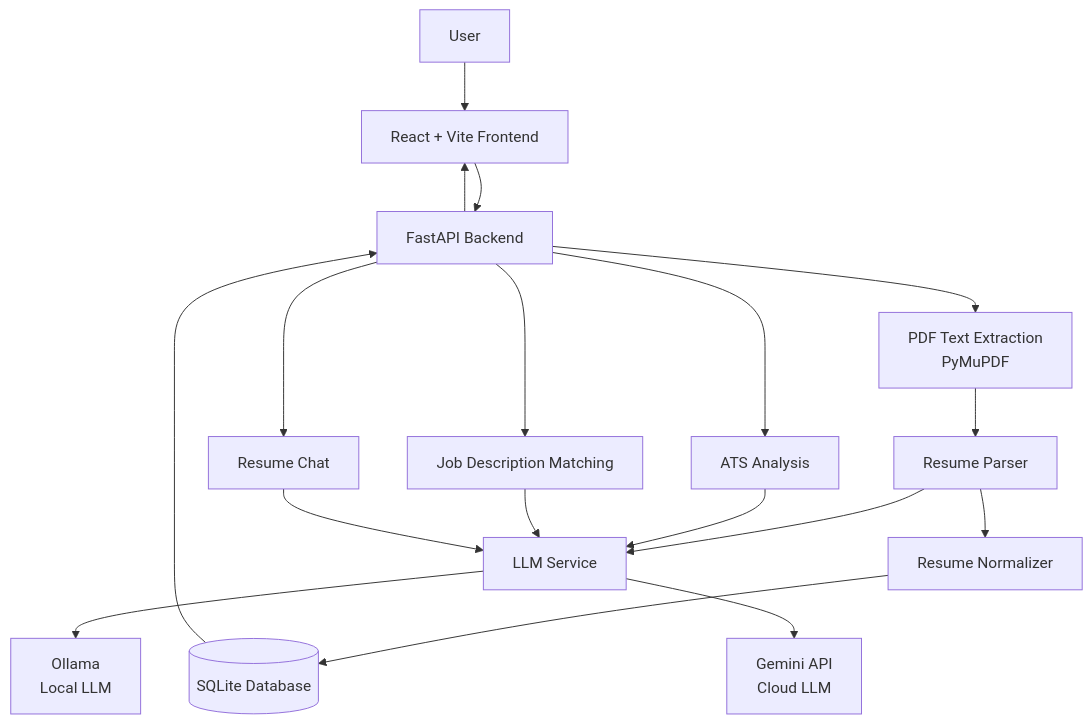
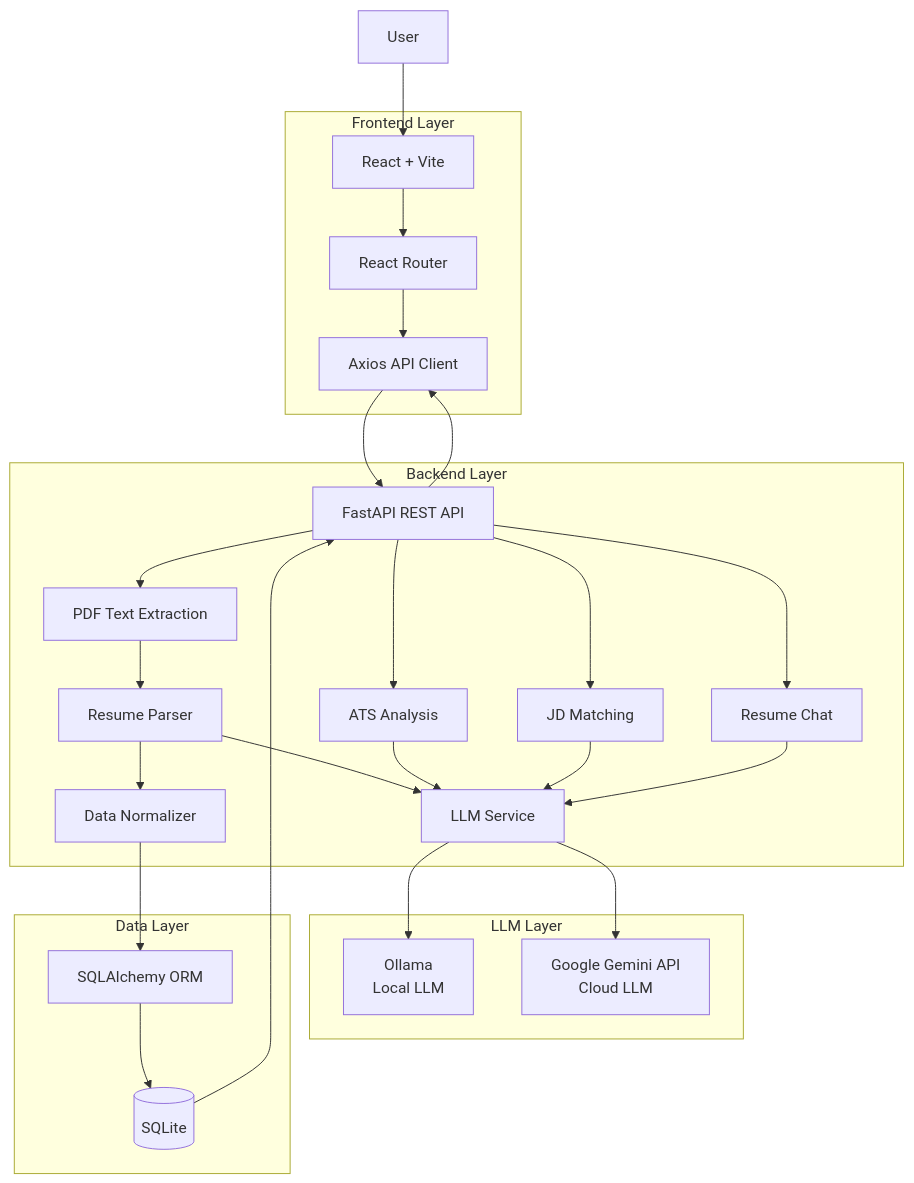
One commit to pavxxx/IntelliParse-AI changed the first of 4 diagrams in README.md. Above: the diagram before and after it, drawn with Mermaid. The commit also changed other lines of this file, not shown here.

````diff
--- a/README.md
+++ b/README.md
@@ -83,58 +149,62 @@
 ```mermaid
-flowchart TD
+flowchart TB
 
-    User["User"]
+    USER["User"]
 
-    Frontend["React + Vite Frontend"]
+    subgraph FRONTEND["Frontend Layer"]
+        UI["React + Vite"]
+        ROUTER["React Router"]
+        AXIOS["Axios API Client"]
+    end
 
-    API["FastAPI Backend"]
+    subgraph BACKEND["Backend Layer"]
+        API["FastAPI REST API"]
 
-    PDF["PDF Text Extraction<br/>PyMuPDF"]
+        PDF["PDF Text Extraction"]
+        PARSER["Resume Parser"]
+        NORMALIZER["Data Normalizer"]
 
-    Parser["Resume Parser"]
+        ATS["ATS Analysis"]
+        JD["JD Matching"]
+        CHAT["Resume Chat"]
 
-    LLM["LLM Service"]
+        LLM["LLM Service"]
+    end
 
-    Ollama["Ollama<br/>Local LLM"]
+    subgraph AI["LLM Layer"]
+        OLLAMA["Ollama<br/>Local LLM"]
+        GEMINI["Google Gemini API<br/>Cloud LLM"]
+    end
 
-    Gemini["Gemini API<br/>Cloud LLM"]
+    subgraph DATA["Data Layer"]
+        ORM["SQLAlchemy ORM"]
+        DB[("SQLite")]
+    end
 
-    Normalizer["Resume Normalizer"]
-
-    Database[("SQLite Database")]
-
-    ATS["ATS Analysis"]
-
-    JD["Job Description Matching"]
-
-    Chat["Resume Chat"]
-
-    User --> Frontend
-
-    Frontend --> API
+    USER --> UI
+    UI --> ROUTER
+    ROUTER --> AXIOS
+    AXIOS --> API
 
     API --> PDF
+    PDF --> PARSER
+    PARSER --> LLM
 
-    PDF --> Parser
+    LLM --> OLLAMA
+    LLM --> GEMINI
 
-    Parser --> LLM
-
-    LLM --> Ollama
-    LLM --> Gemini
-
-    Parser --> Normalizer
-
-    Normalizer --> Database
-
-    Database --> API
+    PARSER --> NORMALIZER
+    NORMALIZER --> ORM
+    ORM --> DB
 
     API --> ATS
     API --> JD
-    API --> Chat
+    API --> CHAT
 
     ATS --> LLM
     JD --> LLM
-    Chat --> LLM
+    CHAT --> LLM
 
-    API --> Frontend
+    DB --> API
+    API --> AXIOS
 ```
````
